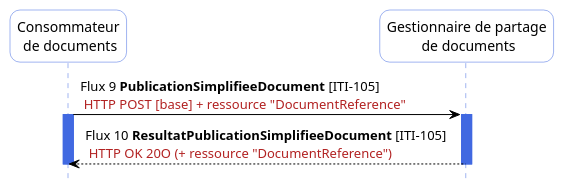
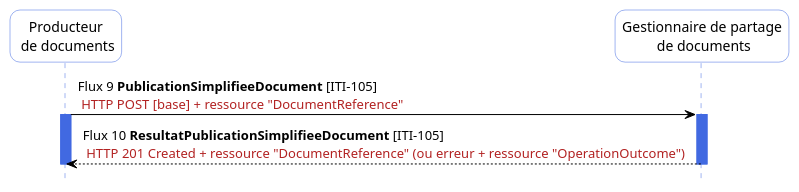
One commit to ansforge/IG-fhir-partage-de-documents-de-sante changed the diagram in input/images-source/PDSm-flux9_10.plantuml. Above: the diagram before and after it, drawn with PlantUML. The commit also changed 5 other files, not shown here.

```diff
--- a/input/images-source/PDSm-flux9_10.plantuml
+++ b/input/images-source/PDSm-flux9_10.plantuml
@@ -1,27 +1,27 @@
 @startuml
 hide footbox
 
 skinparam sequence {
  arrowColor black
  ParticipantBorderColor RoyalBlue
  ParticipantBackgroundColor white
  LifeLineBorderColor RoyalBlue
  LifeLineBackgroundColor RoyalBlue
  ParticipantFontSize 14
  ParticipantFontName arial
  ParticipantPadding 20
 }
 skinparam  roundcorner 20
 
 
-participant "Consommateur\n de documents" as CONS
+participant "Producteur\n de documents" as CONS
 participant "Gestionnaire de partage\n de documents" as INFRA
 
 
 CONS-[#black]> INFRA : Flux 9 **PublicationSimplifieeDocument** [ITI-105] \n <color #FireBrick>HTTP POST [base] + ressource "DocumentReference"</color>
 activate INFRA
 activate CONS
-INFRA-[#black]-> CONS : Flux 10 **ResultatPublicationSimplifieeDocument** [ITI-105] \n <color #FireBrick>HTTP OK 20O (+ ressource "DocumentReference")</color>
+INFRA-[#black]-> CONS : Flux 10 **ResultatPublicationSimplifieeDocument** [ITI-105] \n <color #FireBrick>HTTP 201 Created + ressource "DocumentReference" (ou erreur + ressource "OperationOutcome")</color>
 deactivate CONS
 deactivate INFRA
 @enduml
```
